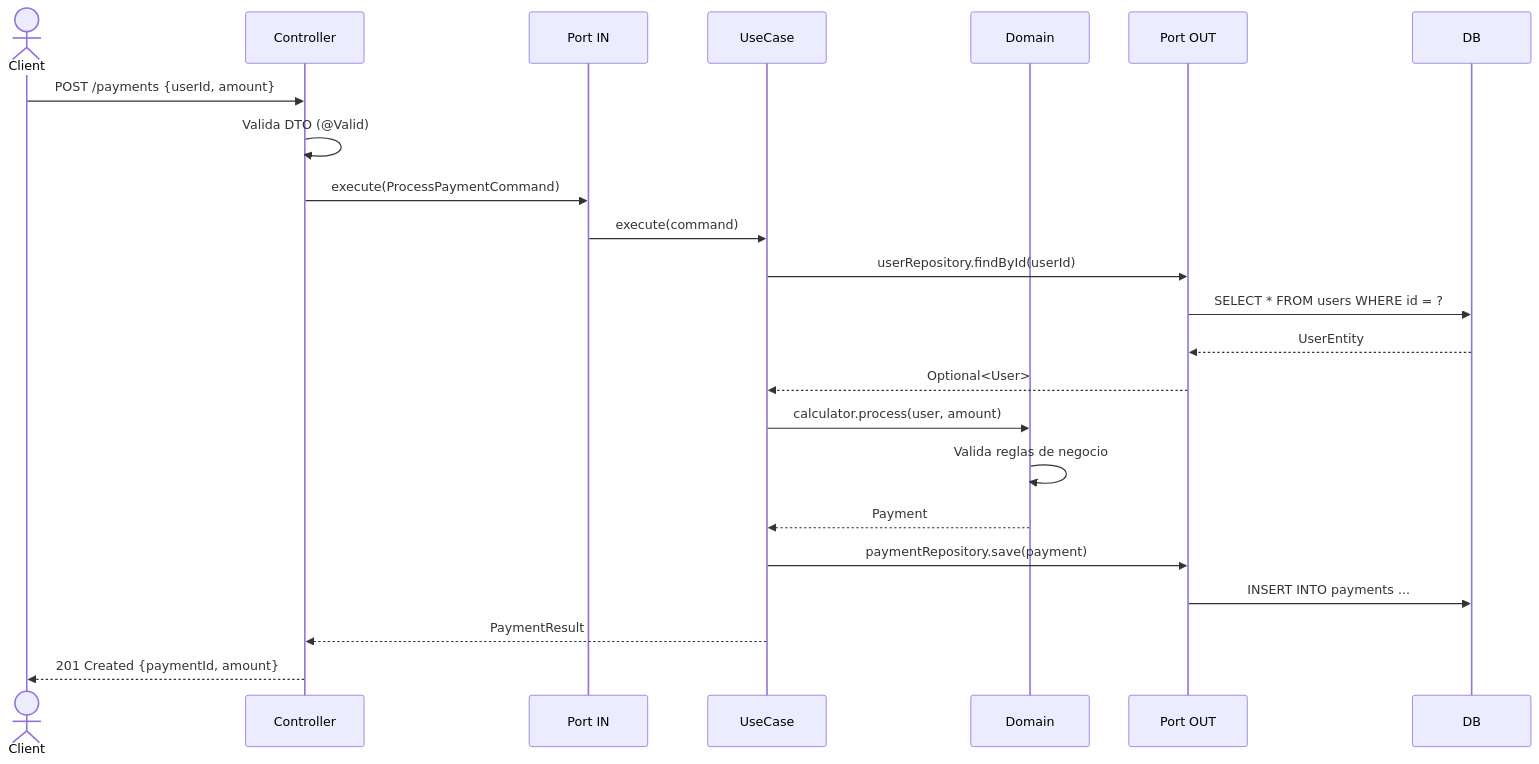
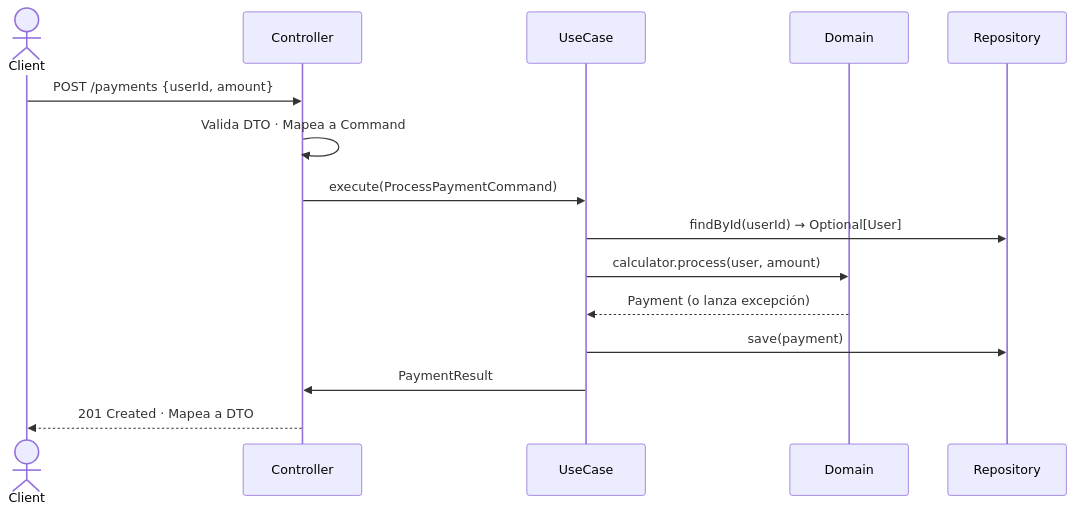
The second of 5 diagrams in software-design/README.md (wikicode96/software-architecture), drawn with Mermaid before and after one commit. The commit also changed other lines of this file, not shown here.

````diff
--- a/software-design/README.md
+++ b/software-design/README.md
@@ -153,26 +77,18 @@
 ```mermaid
 sequenceDiagram
     actor Client
     participant Controller
-    participant Port IN
     participant UseCase
     participant Domain
-    participant Port OUT
-    participant DB
+    participant Repository
 
     Client->>Controller: POST /payments {userId, amount}
-    Controller->>Controller: Valida DTO (@Valid)
-    Controller->>Port IN: execute(ProcessPaymentCommand)
-    Port IN->>UseCase: execute(command)
-    UseCase->>Port OUT: userRepository.findById(userId)
-    Port OUT->>DB: SELECT * FROM users WHERE id = ?
-    DB-->>Port OUT: UserEntity
-    Port OUT-->>UseCase: Optional<User>
+    Controller->>Controller: Valida DTO · Mapea a Command
+    Controller->>UseCase: execute(ProcessPaymentCommand)
+    UseCase->>Repository: findById(userId) → Optional[User]
     UseCase->>Domain: calculator.process(user, amount)
-    Domain->>Domain: Valida reglas de negocio
-    Domain-->>UseCase: Payment
-    UseCase->>Port OUT: paymentRepository.save(payment)
-    Port OUT->>DB: INSERT INTO payments ...
-    UseCase-->>Controller: PaymentResult
-    Controller-->>Client: 201 Created {paymentId, amount}
+    Domain-->>UseCase: Payment (o lanza excepción)
+    UseCase->>Repository: save(payment)
+    UseCase->>Controller: PaymentResult
+    Controller-->>Client: 201 Created · Mapea a DTO
 ```
````
